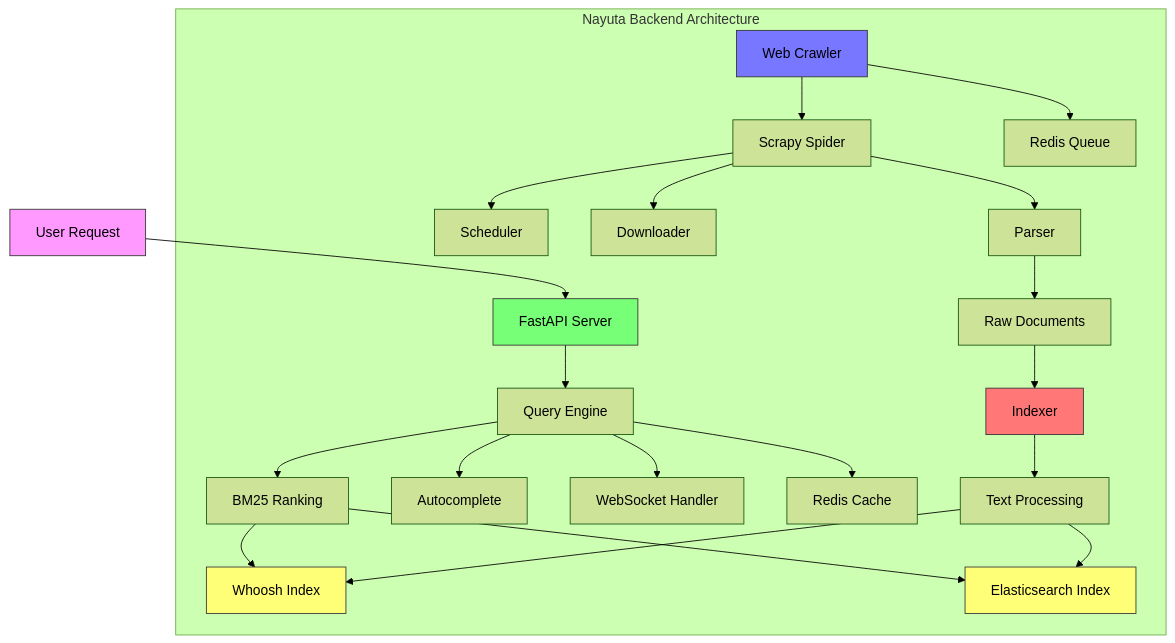
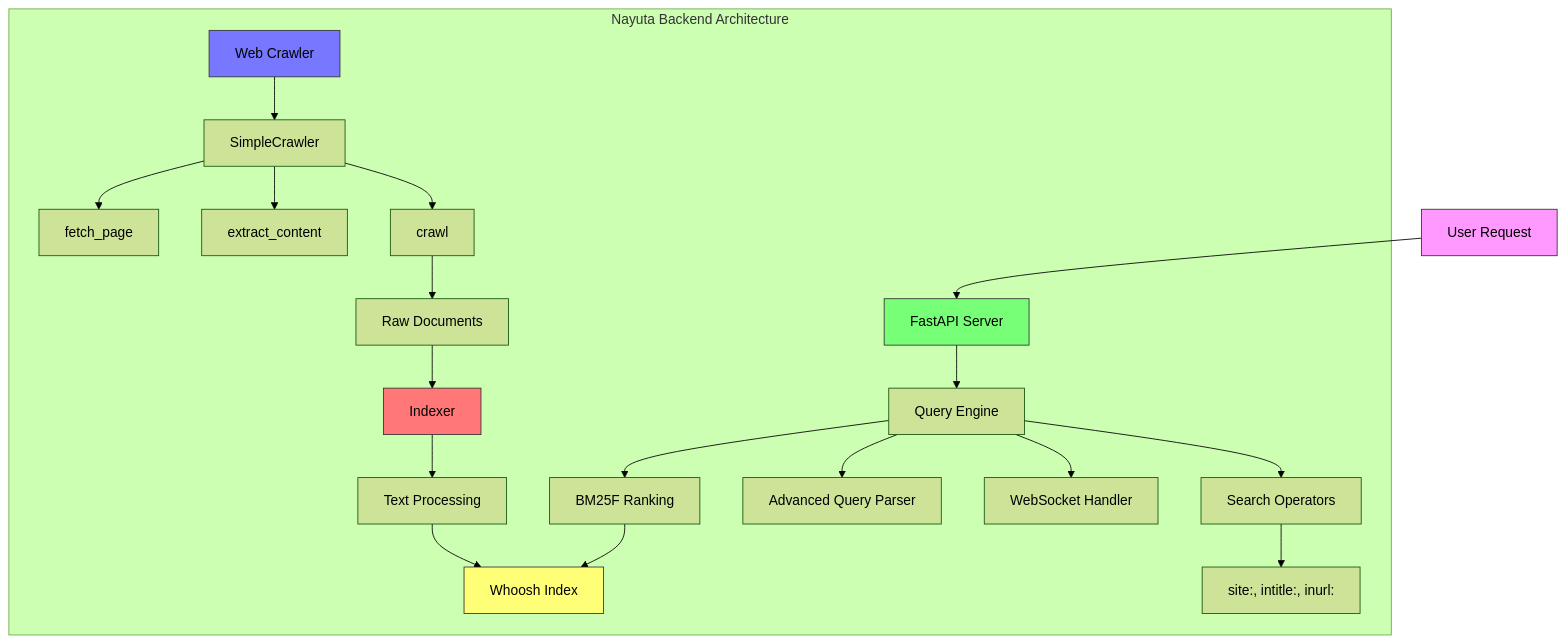
The third of 4 diagrams in README.md (gongahkia/nayuta), drawn with Mermaid (forest theme) before and after one commit. The commit also changed other lines of this file, not shown here.

````diff
--- a/README.md
+++ b/README.md
@@ -149,34 +175,31 @@
 ```mermaid
 graph TD
     A[User Request] --> B[FastAPI Server]
     subgraph Nayuta Backend Architecture
         B --> C[Query Engine]
-        C --> D[BM25 Ranking]
-        C --> E[Autocomplete]
+        C --> D[BM25F Ranking]
+        C --> E[Advanced Query Parser]
         C --> F[WebSocket Handler]
         
         D --> G[Whoosh Index]
-        D --> H[Elasticsearch Index]
         
-        C --> I[Redis Cache]
-        
-        J[Web Crawler] --> K[Scrapy Spider]
-        K --> L[Scheduler]
-        K --> M[Downloader]
-        K --> N[Parser]
-        J --> O[Redis Queue]
+        J[Web Crawler] --> K[SimpleCrawler]
+        K --> L[fetch_page]
+        K --> M[extract_content]
+        K --> N[crawl]
         
         N --> P[Raw Documents]
         P --> Q[Indexer]
         Q --> R[Text Processing]
         R --> G
-        R --> H
+        
+        C --> S[Search Operators]
+        S --> T["site:, intitle:, inurl:"]
     end
     
     style A fill:#f9f,stroke:#333
     style B fill:#7f7,stroke:#333
     style J fill:#77f,stroke:#333
     style Q fill:#f77,stroke:#333
     style G fill:#ff7,stroke:#333
-    style H fill:#ff7,stroke:#333
 ```
````
